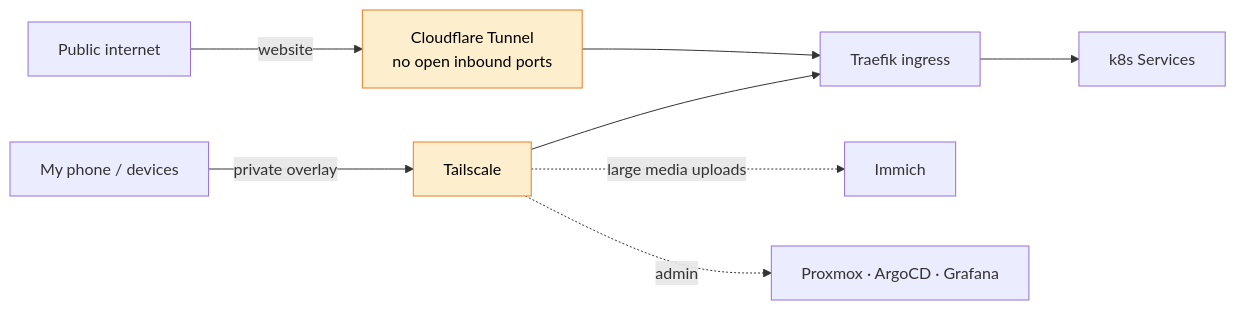
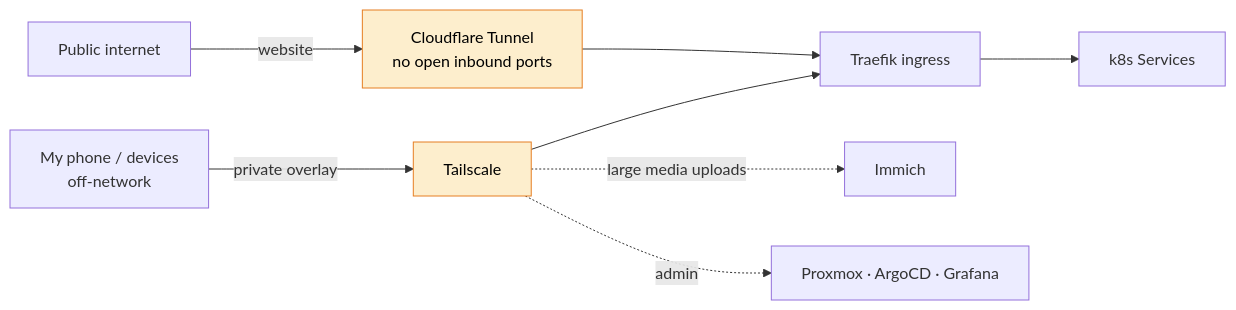
The third of 4 diagrams in README.md (aalhabli/iac-kubernetes-homelab), drawn with Mermaid before and after one commit. The commit also changed other lines of this file and 7 other files, not shown here.

````diff
--- a/README.md
+++ b/README.md
@@ -128,14 +128,14 @@
 ```mermaid
 graph LR
     pub["Public internet"] -->|website| cf["Cloudflare Tunnel<br/>no open inbound ports"]
-    phone["My phone / devices"] -->|private overlay| tail["Tailscale"]
+    phone["My phone / devices<br/>off-network"] -->|private overlay| tail["Tailscale"]
 
     cf --> traefik["Traefik ingress"]
     tail --> traefik
     tail -.->|large media uploads| immich["Immich"]
     tail -.->|admin| adminui["Proxmox · ArgoCD · Grafana"]
     traefik --> svc["k8s Services"]
 
     classDef edge fill:#fdeecd,stroke:#e67e22,color:#000;
     class cf,tail edge;
 ```
````
